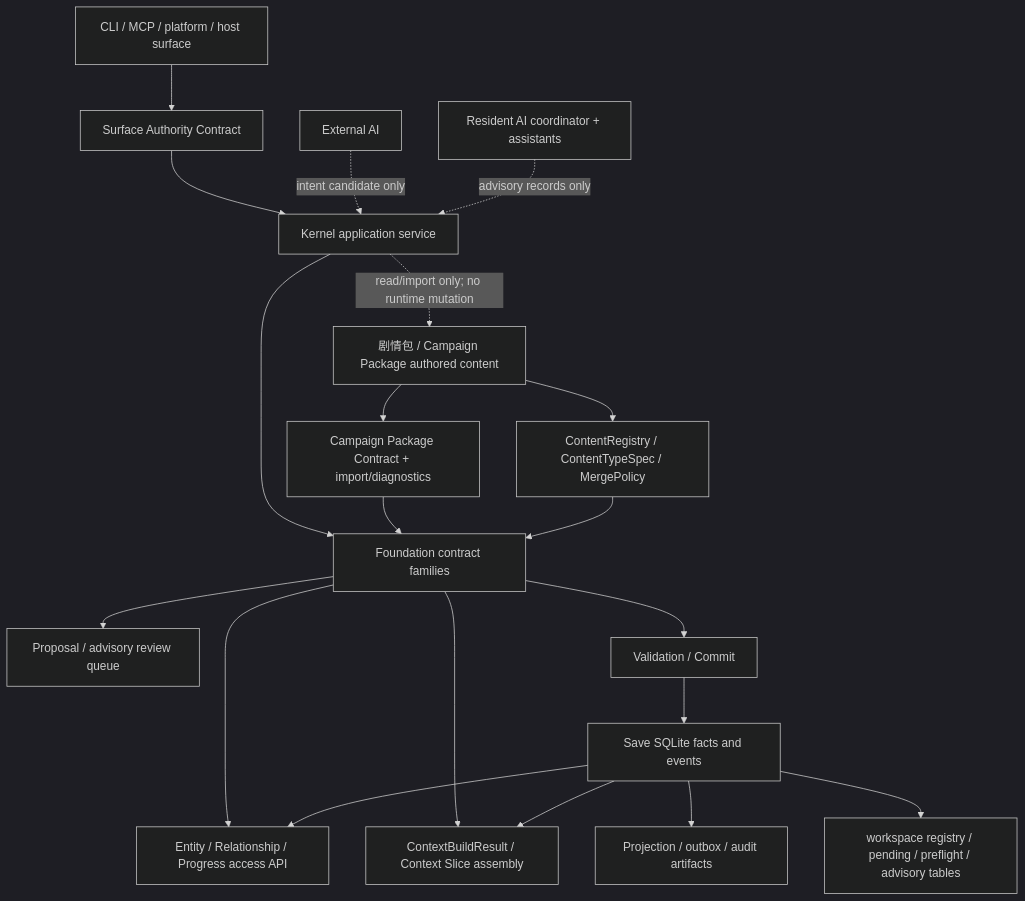
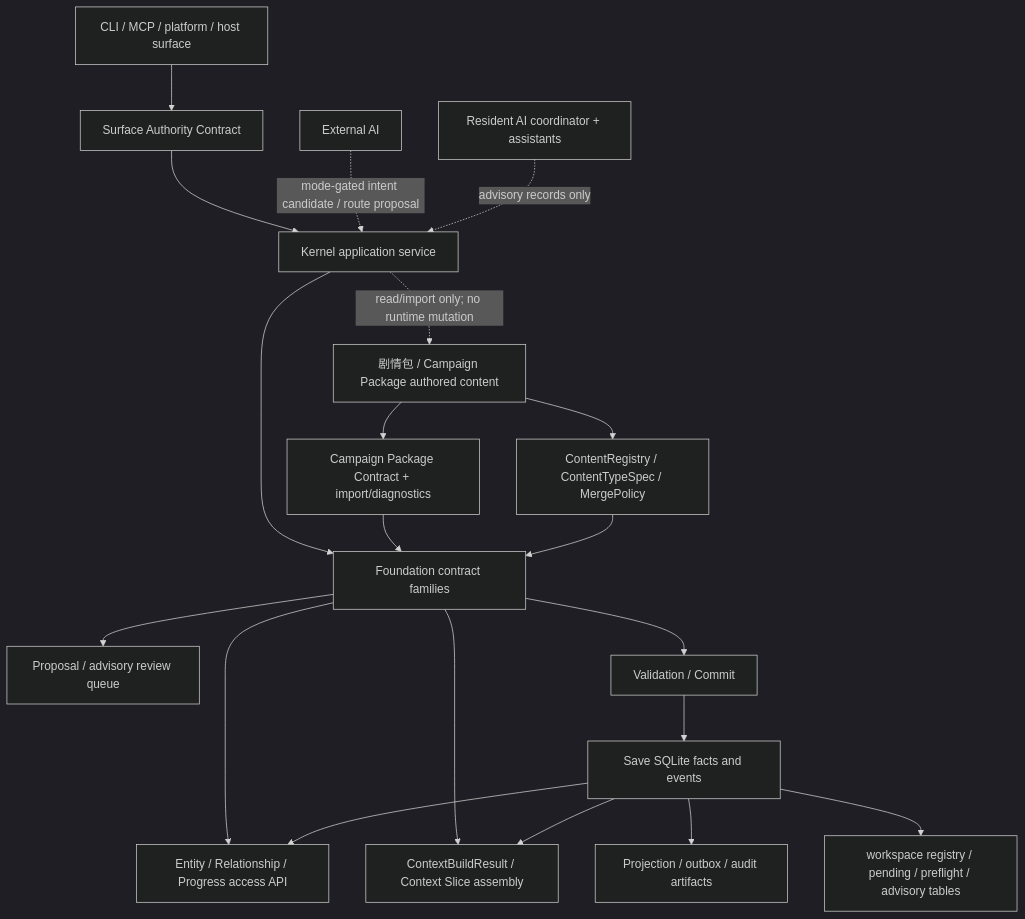
One commit to 0662x/rpg-engine changed the first of 3 diagrams in _bmad-output/planning-artifacts/architecture/architecture-aigm-kernel-foundation-2026-07-04/ARCHITECTURE-SPINE.md. Above: the diagram before and after it, drawn with Mermaid (dark theme). The commit also changed other lines of this file and 6 other files, not shown here.

Commit message:
docs: capture external intent authority plan

````diff
--- a/_bmad-output/planning-artifacts/architecture/architecture-aigm-kernel-foundation-2026-07-04/ARCHITECTURE-SPINE.md
+++ b/_bmad-output/planning-artifacts/architecture/architecture-aigm-kernel-foundation-2026-07-04/ARCHITECTURE-SPINE.md
@@ -65,22 +65,22 @@
 ```mermaid
 flowchart TD
   Surface["CLI / MCP / platform / host surface"] --> SurfaceContract["Surface Authority Contract"]
   SurfaceContract --> App["Kernel application service"]
   App --> Contracts["Foundation contract families"]
   Contracts --> Access["Entity / Relationship / Progress access API"]
   Contracts --> Context["ContextBuildResult / Context Slice assembly"]
   Contracts --> Review["Proposal / advisory review queue"]
   Contracts --> Validation["Validation / Commit"]
   Campaign["剧情包 / Campaign Package authored content"] --> PackageService["Campaign Package Contract + import/diagnostics"]
   Campaign --> ContentRegistry["ContentRegistry / ContentTypeSpec / MergePolicy"]
   PackageService --> Contracts
   ContentRegistry --> Contracts
   Validation --> SaveFacts["Save SQLite facts and events"]
   SaveFacts --> Projections["Projection / outbox / audit artifacts"]
   SaveFacts --> RuntimeState["workspace registry / pending / preflight / advisory tables"]
   SaveFacts --> Access
   SaveFacts --> Context
-  ExternalAI["External AI"] -. "intent candidate only" .-> App
+  ExternalAI["External AI"] -. "mode-gated intent candidate / route proposal" .-> App
   ResidentAI["Resident AI coordinator + assistants"] -. "advisory records only" .-> App
   App -. "read/import only; no runtime mutation" .-> Campaign
 ```
````
